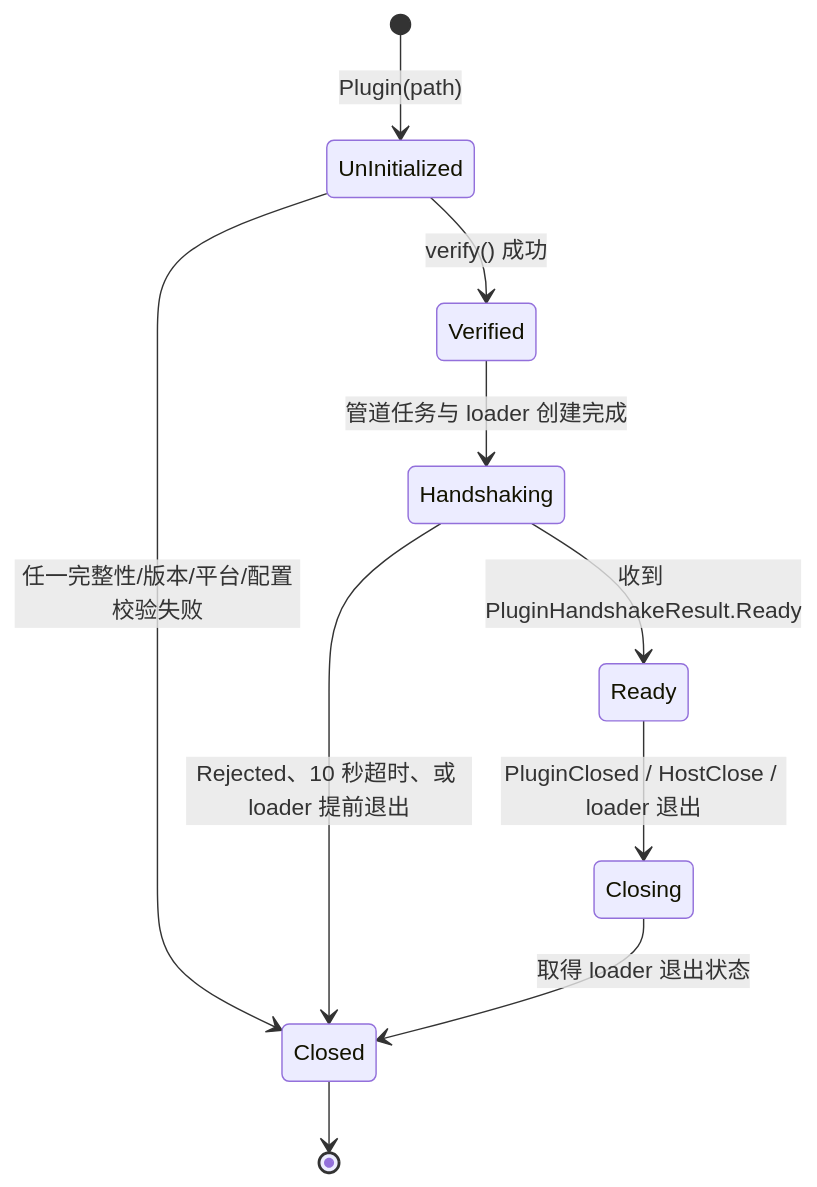
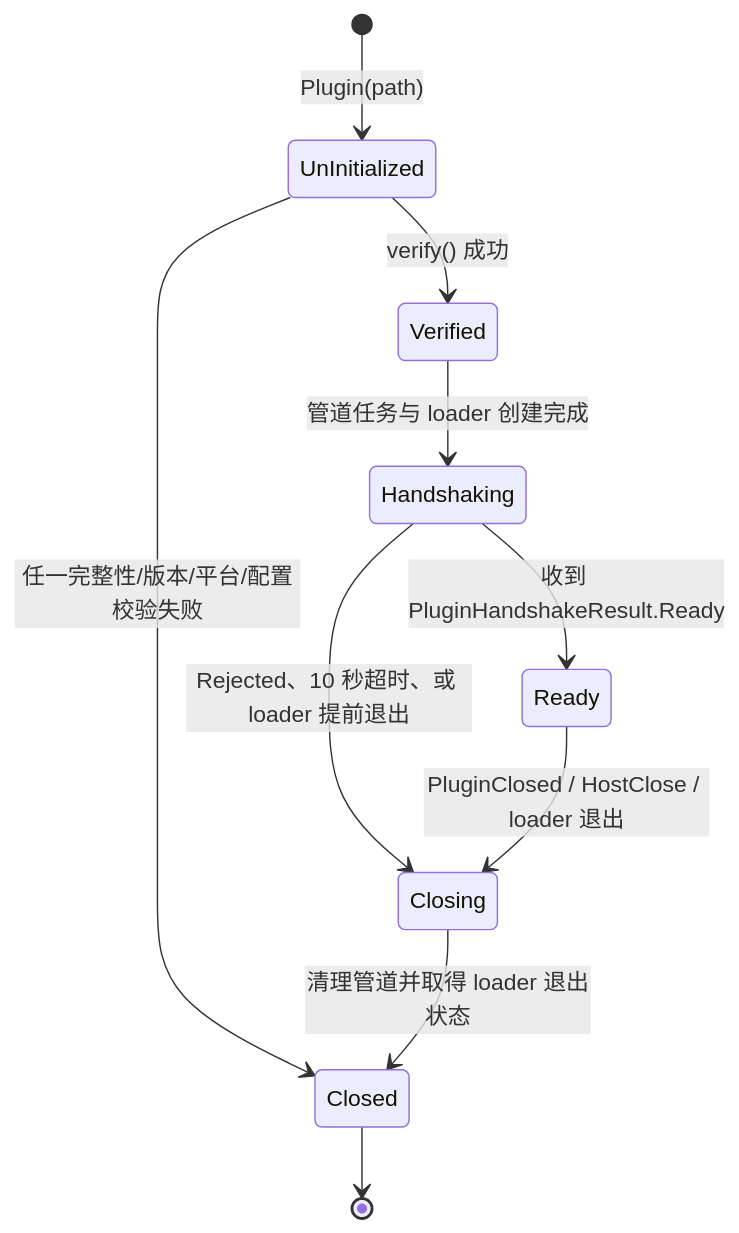
The first of 3 diagrams in docs/plugin-lifecycle.md (magic-cucumber/milky-console), drawn with Mermaid before and after one commit. The commit also changed other lines of this file and 9 other files, not shown here.

````diff
--- a/docs/plugin-lifecycle.md
+++ b/docs/plugin-lifecycle.md
@@ -27,15 +27,14 @@
 ```mermaid
 stateDiagram-v2
     [*] --> UnInitialized: Plugin(path)
     UnInitialized --> Verified: verify() 成功
     UnInitialized --> Closed: 任一完整性/版本/平台/配置校验失败
 
     Verified --> Handshaking: 管道任务与 loader 创建完成
     Handshaking --> Ready: 收到 PluginHandshakeResult.Ready
-    Handshaking --> Closed: Rejected、10 秒超时、或 loader 提前退出
+    Handshaking --> Closing: Rejected、10 秒超时、或 loader 提前退出
+    Closing --> Closed: 清理管道并取得 loader 退出状态
 
     Ready --> Closing: PluginClosed / HostClose / loader 退出
-    Closing --> Closed: 取得 loader 退出状态
-
     Closed --> [*]
 ```
````
